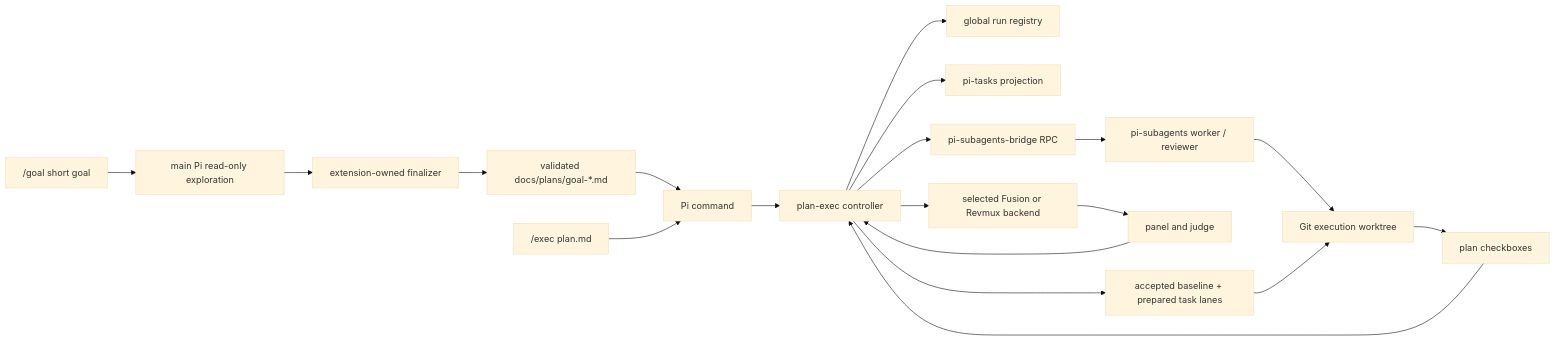
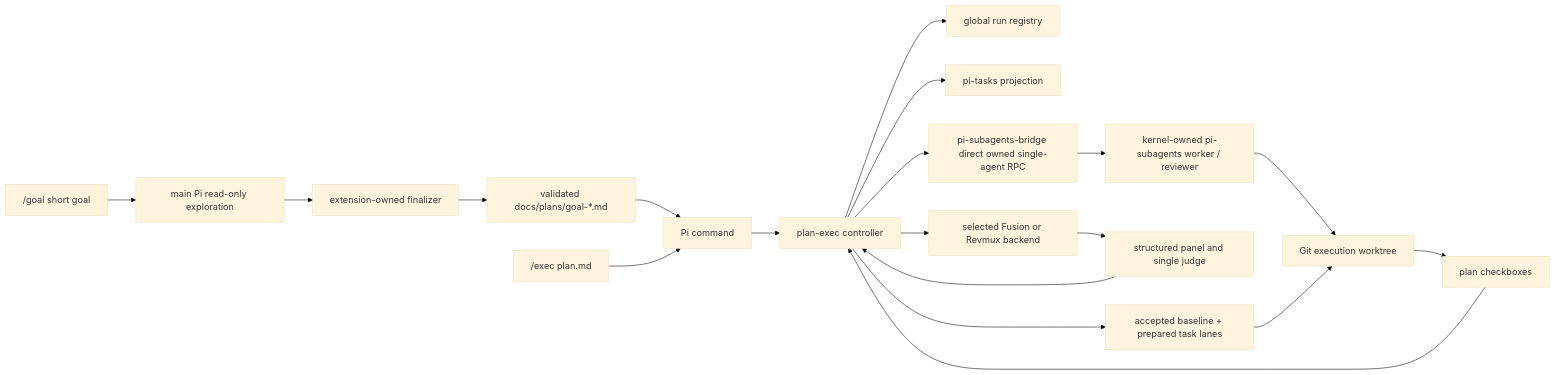
The diagram in docs/architecture.md (alexei-led/pi-plan-exec), drawn with Mermaid (base theme) before and after one commit. The commit also changed other lines of this file and 6 other files, not shown here.

````diff
--- a/docs/architecture.md
+++ b/docs/architecture.md
@@ -57,21 +57,21 @@
 ```mermaid
 flowchart LR
     goal["/goal short goal"] --> explore["main Pi read-only exploration"]
     explore --> finalizer["extension-owned finalizer"]
     finalizer --> prepared["validated docs/plans/goal-*.md"]
     prepared --> command
     user["/exec plan.md"] --> command[Pi command]
     command --> controller[plan-exec controller]
     controller --> registry["global run registry"]
     controller --> projection[pi-tasks projection]
-    controller --> bridge[pi-subagents-bridge RPC]
-    bridge --> agents["pi-subagents worker / reviewer"]
+    controller --> bridge[pi-subagents-bridge direct owned single-agent RPC]
+    bridge --> agents["kernel-owned pi-subagents worker / reviewer"]
     controller --> fusion[selected Fusion or Revmux backend]
-    fusion --> panel[panel and judge]
+    fusion --> panel[structured panel and single judge]
     agents --> worktree[Git execution worktree]
     panel --> controller
     worktree --> plan[plan checkboxes]
     plan --> controller
     controller --> lanes[accepted baseline + prepared task lanes]
     lanes --> worktree
 ```
````
